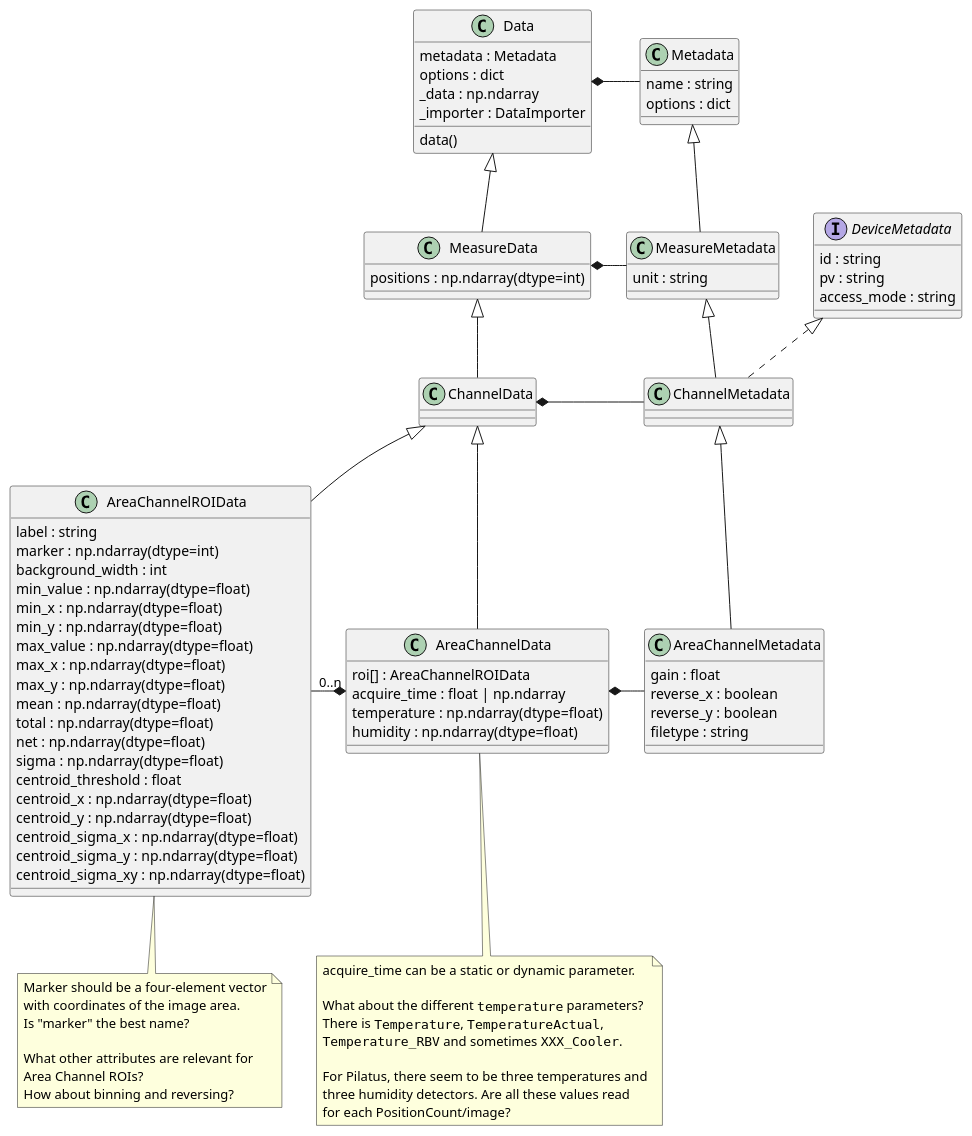
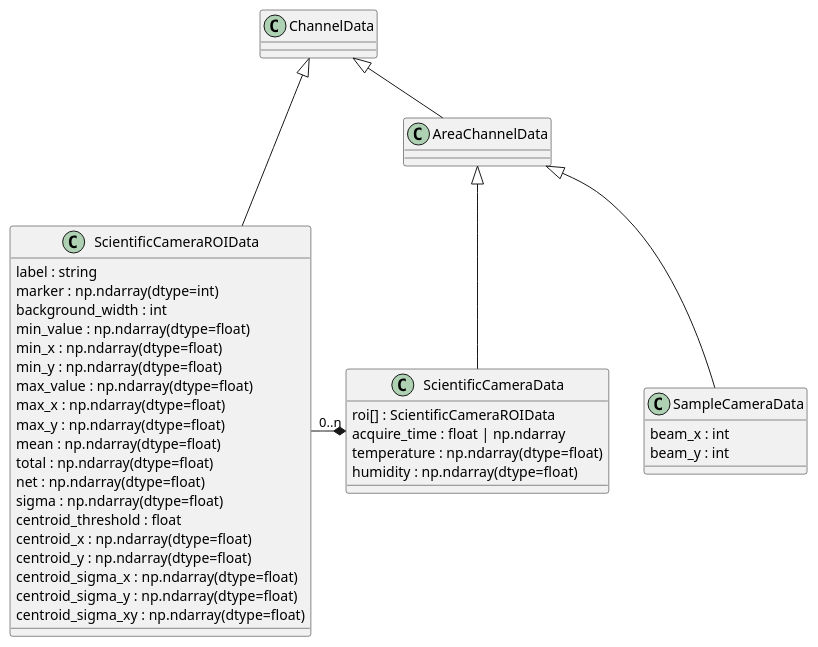
Before and after one commit to tillbiskup/evedata: the diagram in docs/uml/areachannel.puml, drawn with PlantUML. The commit also changed 13 other files, not shown here.

```diff
--- a/docs/uml/areachannel.puml
+++ b/docs/uml/areachannel.puml
@@ -1,102 +1,49 @@
 @startuml
 'https://plantuml.com/class-diagram
 
-class Data {
-    metadata : Metadata
-    options : dict
-    _data : np.ndarray
-    _importer : DataImporter
-    data()
+class AreaChannelData extends ChannelData
+
+class SampleCameraData extends AreaChannelData {
+    beam_x : int
+    beam_y : int
 }
 
-Data *- Metadata
-
-class MeasureData extends Data {
-    {field} positions : np.ndarray(dtype=int)
-}
-
-MeasureData *- MeasureMetadata
-
-class ChannelData extends MeasureData
-
-ChannelData *- ChannelMetadata
-
-class AreaChannelData extends ChannelData {
-    roi[] : AreaChannelROIData
+class ScientificCameraData extends AreaChannelData {
+    roi[] : ScientificCameraROIData
     acquire_time : float | np.ndarray
     {field} temperature : np.ndarray(dtype=float)
     {field} humidity : np.ndarray(dtype=float)
 }
-note bottom of AreaChannelData
-    acquire_time can be a static or dynamic parameter.
 
-    What about the different ""temperature"" parameters?
-    There is ""Temperature"", ""TemperatureActual"",
-    ""Temperature_RBV"" and sometimes ""XXX_Cooler"".
+together {
+    class ScientificCameraData
+    class ScientificCameraROIData
+}
 
-    For Pilatus, there seem to be three temperatures and
-    three humidity detectors. Are all these values read
-    for each PositionCount/image?
-end note
+ScientificCameraROIData -[hidden]> ScientificCameraData
+ScientificCameraROIData "0..n" -* ScientificCameraData
+ScientificCameraROIData -[hidden]> ScientificCameraData
 
-AreaChannelData *- AreaChannelMetadata
-
-AreaChannelROIData "0..n" -* AreaChannelData
-
-class AreaChannelROIData extends ChannelData{
+class ScientificCameraROIData extends ChannelData{
     {field} label : string
     {field} marker : np.ndarray(dtype=int)
     background_width : int
     {field} min_value : np.ndarray(dtype=float)
     {field} min_x : np.ndarray(dtype=float)
     {field} min_y : np.ndarray(dtype=float)
     {field} max_value : np.ndarray(dtype=float)
     {field} max_x : np.ndarray(dtype=float)
     {field} max_y : np.ndarray(dtype=float)
     {field} mean : np.ndarray(dtype=float)
     {field} total : np.ndarray(dtype=float)
     {field} net : np.ndarray(dtype=float)
     {field} sigma : np.ndarray(dtype=float)
     centroid_threshold : float
     {field} centroid_x : np.ndarray(dtype=float)
     {field} centroid_y : np.ndarray(dtype=float)
     {field} centroid_sigma_x : np.ndarray(dtype=float)
     {field} centroid_sigma_y : np.ndarray(dtype=float)
     {field} centroid_sigma_xy : np.ndarray(dtype=float)
 }
-note bottom of AreaChannelROIData
-    Marker should be a four-element vector
-    with coordinates of the image area.
-    Is "marker" the best name?
-
-    What other attributes are relevant for
-    Area Channel ROIs?
-    How about binning and reversing?
-end note
-
-
-class Metadata {
-    name : string
-    options : dict
-}
-
-class MeasureMetadata extends Metadata {
-    unit : string
-}
-
-interface DeviceMetadata {
-    id : string
-    pv : string
-    access_mode : string
-}
-
-class ChannelMetadata extends MeasureMetadata implements DeviceMetadata
-
-class AreaChannelMetadata extends ChannelMetadata {
-    gain : float
-    reverse_x : boolean
-    reverse_y : boolean
-    filetype : string
-}
 
 @enduml
```
